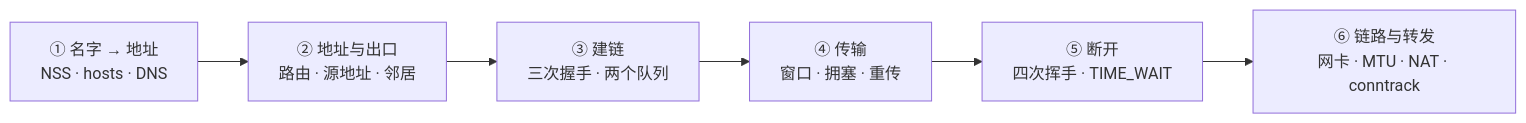
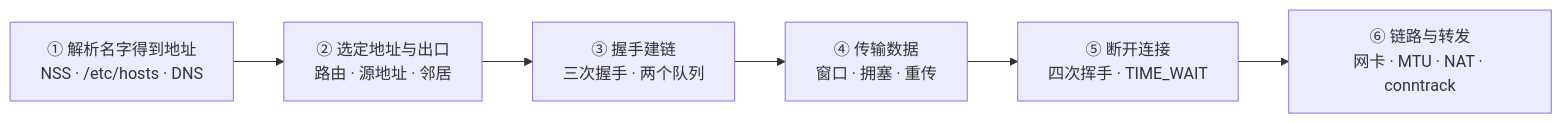
Before and after one commit to realtyz/ops-manual: the diagram in Linux/06_网络协议栈与排障/00_导读与知识地图.md, drawn with Mermaid. The commit also changed other lines of this file and 118 other files, not shown here.

````diff
--- a/Linux/06_网络协议栈与排障/00_导读与知识地图.md
+++ b/Linux/06_网络协议栈与排障/00_导读与知识地图.md
@@ -19,8 +19,8 @@
 ```mermaid
 flowchart LR
-  A["① 名字 → 地址<br/>NSS · hosts · DNS"] --> B["② 地址与出口<br/>路由 · 源地址 · 邻居"]
-  B --> C["③ 建链<br/>三次握手 · 两个队列"]
-  C --> D["④ 传输<br/>窗口 · 拥塞 · 重传"]
-  D --> E["⑤ 断开<br/>四次挥手 · TIME_WAIT"]
+  A["① 解析名字得到地址<br/>NSS · /etc/hosts · DNS"] --> B["② 选定地址与出口<br/>路由 · 源地址 · 邻居"]
+  B --> C["③ 握手建链<br/>三次握手 · 两个队列"]
+  C --> D["④ 传输数据<br/>窗口 · 拥塞 · 重传"]
+  D --> E["⑤ 断开连接<br/>四次挥手 · TIME_WAIT"]
   E --> F["⑥ 链路与转发<br/>网卡 · MTU · NAT · conntrack"]
 ```
````
